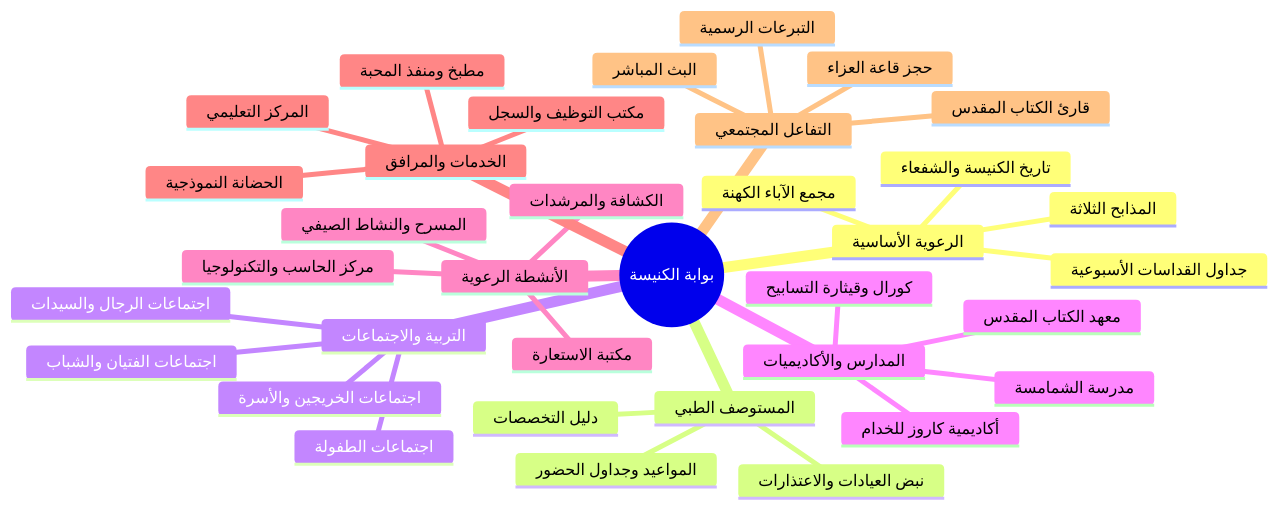
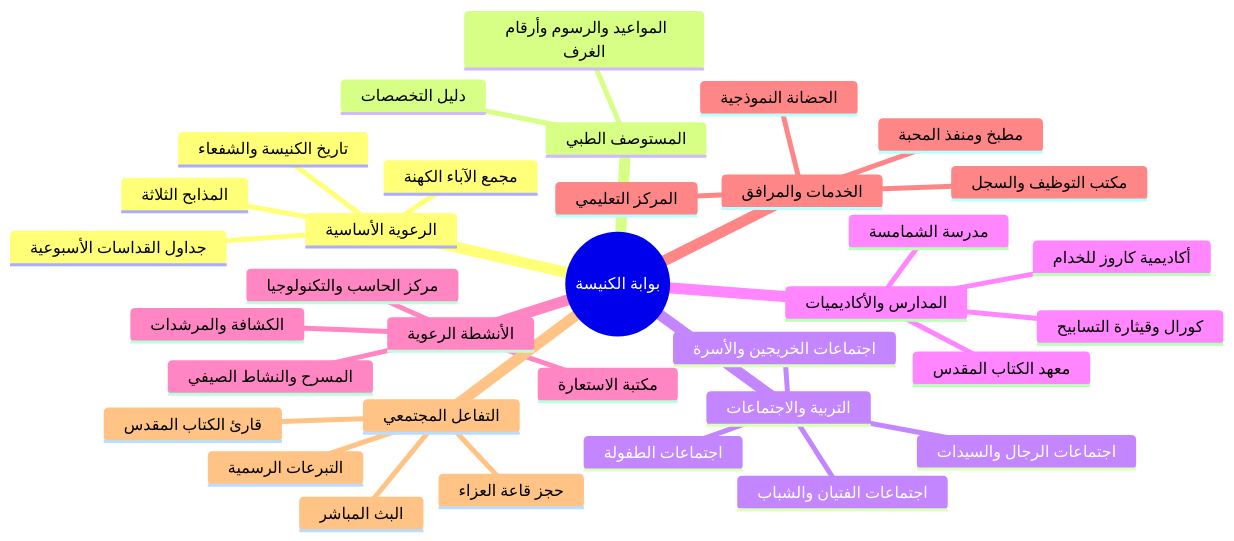
The diagram in PRODUCT_REQUIREMENTS_DOCUMENT.md (Kerollosmm/church-site), drawn with Mermaid before and after one commit. The commit also changed other lines of this file and 6 other files, not shown here.

````diff
--- a/PRODUCT_REQUIREMENTS_DOCUMENT.md
+++ b/PRODUCT_REQUIREMENTS_DOCUMENT.md
@@ -63,38 +58,37 @@
 ```mermaid
 mindmap
   root((بوابة الكنيسة))
     الرعوية الأساسية
       تاريخ الكنيسة والشفعاء
       المذابح الثلاثة
       مجمع الآباء الكهنة
       جداول القداسات الأسبوعية
     المستوصف الطبي
       دليل التخصصات
-      المواعيد وجداول الحضور
-      نبض العيادات والاعتذارات
+      المواعيد والرسوم وأرقام الغرف
     التربية والاجتماعات
       اجتماعات الطفولة
       اجتماعات الفتيان والشباب
       اجتماعات الخريجين والأسرة
       اجتماعات الرجال والسيدات
     المدارس والأكاديميات
       مدرسة الشمامسة
       معهد الكتاب المقدس
       أكاديمية كاروز للخدام
       كورال وقيثارة التسابيح
     الأنشطة الرعوية
       الكشافة والمرشدات
       مكتبة الاستعارة
       مركز الحاسب والتكنولوجيا
       المسرح والنشاط الصيفي
     الخدمات والمرافق
       الحضانة النموذجية
       المركز التعليمي
       مطبخ ومنفذ المحبة
       مكتب التوظيف والسجل
     التفاعل المجتمعي
       حجز قاعة العزاء
       البث المباشر
       قارئ الكتاب المقدس
       التبرعات الرسمية
 ```
````
